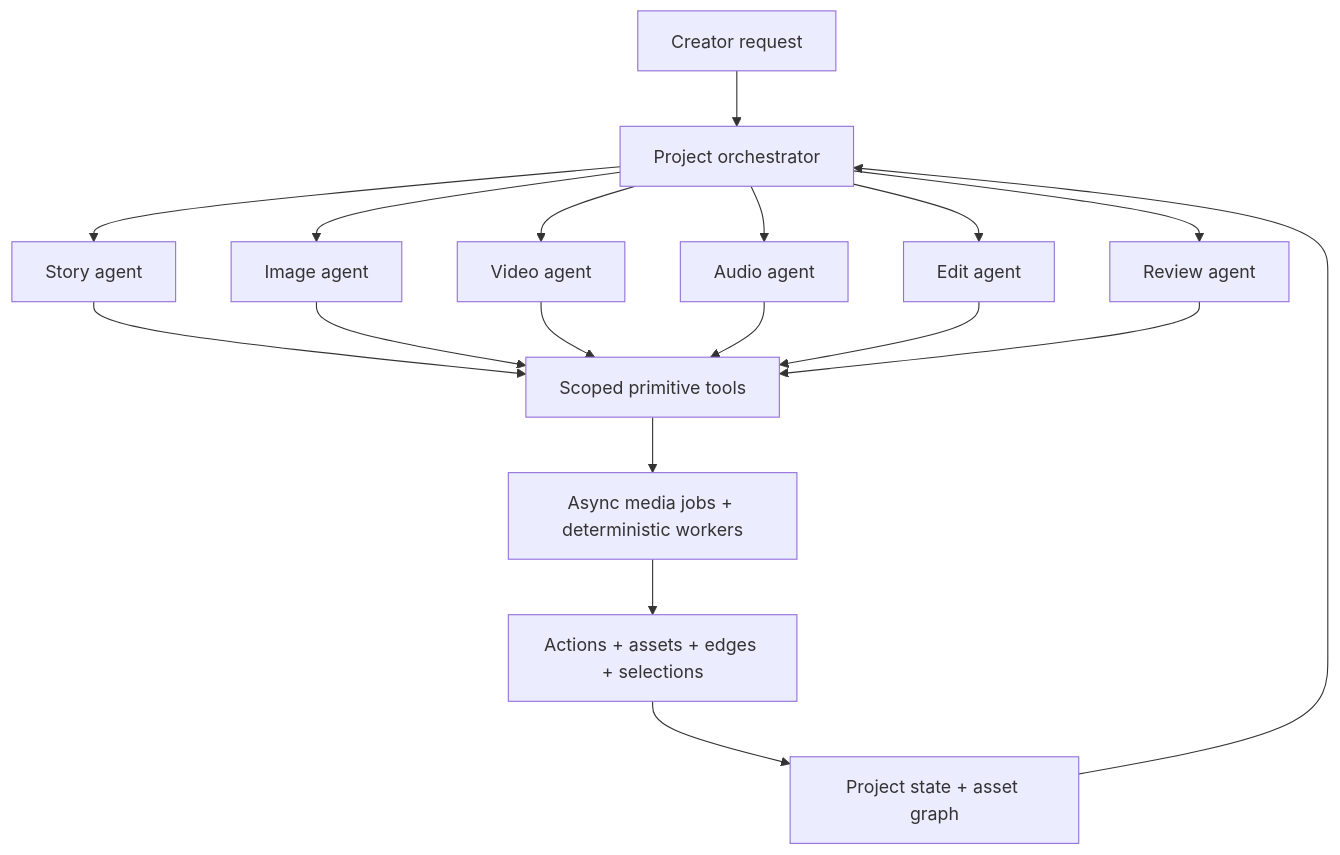
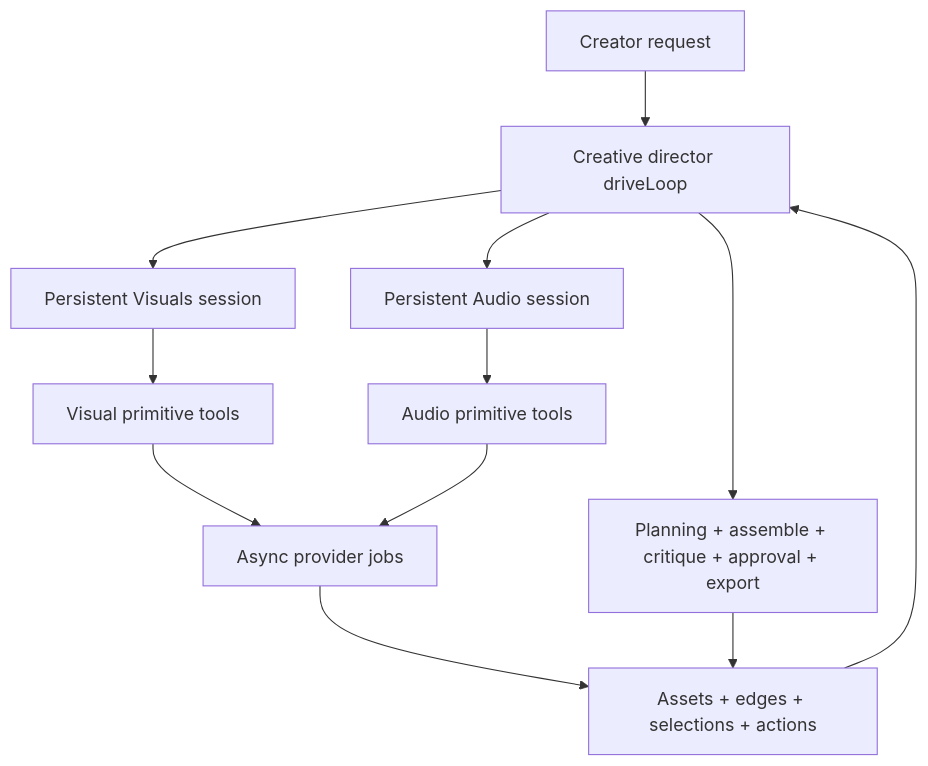
The first of 2 diagrams in docs/scopes/specialist-agent-orchestration-prs.md (kmgrassi/PopcornReady), drawn with Mermaid before and after one commit. The commit also changed other lines of this file and 3 other files, not shown here.

Commit message:
Refine creative director orchestration scope

````diff
--- a/docs/scopes/specialist-agent-orchestration-prs.md
+++ b/docs/scopes/specialist-agent-orchestration-prs.md
@@ -45,23 +46,16 @@
 ```mermaid
 flowchart TD
-  Creator["Creator request"] --> Root["Project orchestrator"]
-  State["Project state + asset graph"] --> Root
+  Creator["Creator request"] --> Root["Creative director driveLoop"]
+  Graph["Assets + edges + selections + actions"] --> Root
 
-  Root --> Story["Story agent"]
-  Root --> Image["Image agent"]
-  Root --> Video["Video agent"]
-  Root --> Audio["Audio agent"]
-  Root --> Edit["Edit agent"]
-  Root --> Review["Review agent"]
+  Root --> RootTools["Planning + assemble + critique + approval + export"]
+  Root --> Visuals["Persistent Visuals session"]
+  Root --> Audio["Persistent Audio session"]
 
-  Story --> Primitives["Scoped primitive tools"]
-  Image --> Primitives
-  Video --> Primitives
-  Audio --> Primitives
-  Edit --> Primitives
-  Review --> Primitives
-
-  Primitives --> Jobs["Async media jobs + deterministic workers"]
-  Jobs --> Graph["Actions + assets + edges + selections"]
-  Graph --> State
+  Visuals --> VisualTools["Visual primitive tools"]
+  Audio --> AudioTools["Audio primitive tools"]
+  VisualTools --> Jobs["Async provider jobs"]
+  AudioTools --> Jobs
+  Jobs --> Graph
+  RootTools --> Graph
 ```
````
